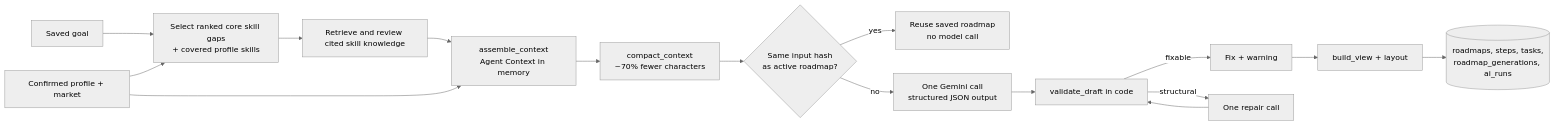
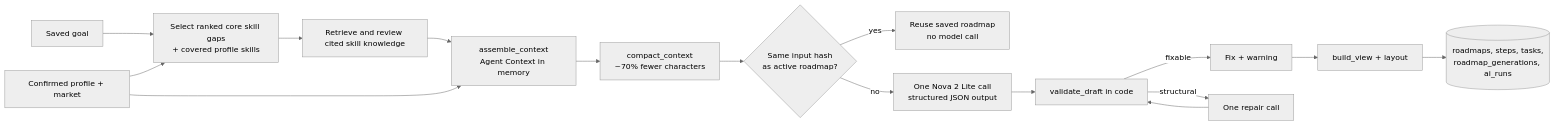
One commit to THN4/glow-job changed the diagram in docs/roadmap/roadmap-generation.md. Above: the diagram before and after it, drawn with Mermaid (neutral theme). The commit also changed other lines of this file and 19 other files, not shown here.

Commit message:
Switch AI generation to Nova 2 Lite

````diff
--- a/docs/roadmap/roadmap-generation.md
+++ b/docs/roadmap/roadmap-generation.md
@@ -8,18 +9,18 @@
 ```mermaid
 flowchart LR
     G[Saved goal] --> A[Select ranked core skill gaps<br/>+ covered profile skills]
     P[Confirmed profile + market] --> A
     A --> K[Retrieve and review cited skill knowledge]
     K --> C[assemble_context<br/>Agent Context in memory]
     P --> C
     C --> X[compact_context<br/>~70% fewer characters]
     X --> H{Same input hash<br/>as active roadmap?}
     H -- yes --> R[Reuse saved roadmap<br/>no model call]
-    H -- no --> M[One Gemini call<br/>structured JSON output]
+    H -- no --> M[One Nova 2 Lite call<br/>structured JSON output]
     M --> V[validate_draft in code]
     V -- fixable --> F[Fix + warning]
     V -- structural --> Y[One repair call]
     F --> W[build_view + layout]
     Y --> V
     W --> S[(roadmaps, steps, tasks,<br/>roadmap_generations, ai_runs)]
 ```
````
